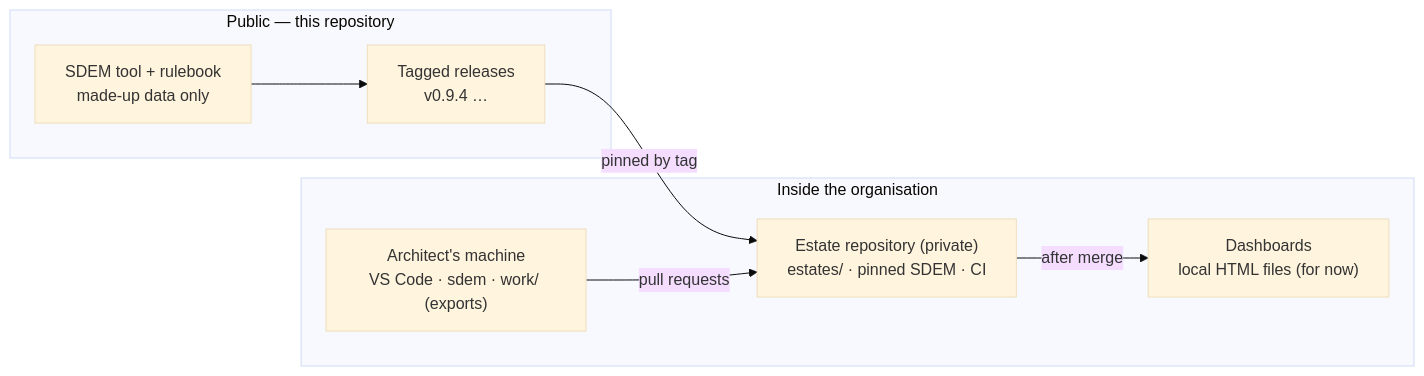
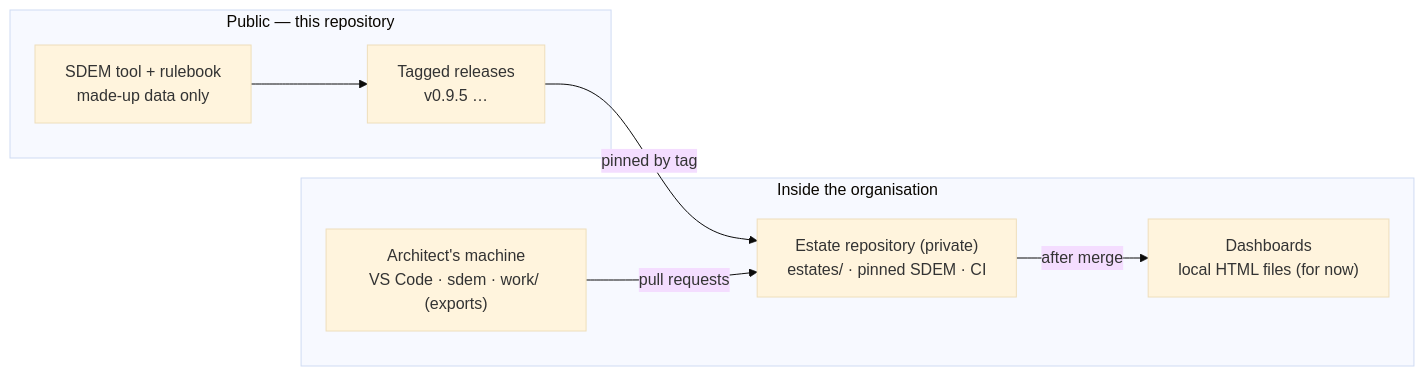
One commit to taumoeps/bian-sdem-framework changed the diagram in docs/sdem-operating-model.md. Above: the diagram before and after it, drawn with Mermaid (base theme). The commit also changed other lines of this file and 25 other files, not shown here.

````diff
--- a/docs/sdem-operating-model.md
+++ b/docs/sdem-operating-model.md
@@ -7,14 +7,14 @@
 ```mermaid
 flowchart LR
     subgraph PUB["Public — this repository"]
-      T["SDEM tool + rulebook<br/>made-up data only"] --> REL["Tagged releases<br/>v0.9.4 …"]
+      T["SDEM tool + rulebook<br/>made-up data only"] --> REL["Tagged releases<br/>v0.9.5 …"]
     end
     subgraph ORG["Inside the organisation"]
       ER["Estate repository (private)<br/>estates/ · pinned SDEM · CI"]
       WS["Architect's machine<br/>VS Code · sdem · work/ (exports)"]
       H["Dashboards<br/>local HTML files (for now)"]
     end
     REL -- "pinned by tag" --> ER
     WS -- "pull requests" --> ER
     ER -- "after merge" --> H
 ```
````
